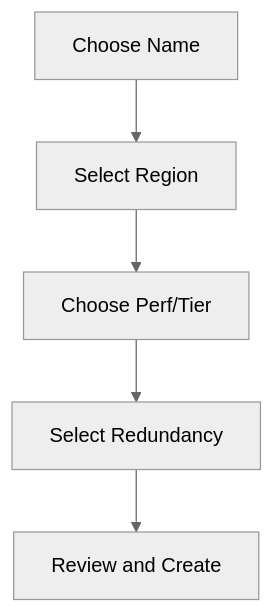
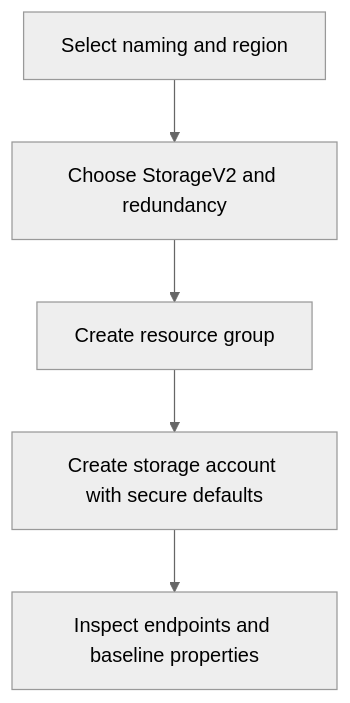
One commit to yeongseon/azure-storage-practical-guide changed the diagram in docs/operations/create-storage-account.md. Above: the diagram before and after it, drawn with Mermaid (neutral theme). The commit also changed other lines of this file and 10 other files, not shown here.

````diff
--- a/docs/operations/create-storage-account.md
+++ b/docs/operations/create-storage-account.md
@@ -37,7 +47,7 @@
 ```mermaid
-graph TD
-    A[Choose Name] --> B[Select Region]
-    B --> C[Choose Perf/Tier]
-    C --> D[Select Redundancy]
-    D --> E[Review and Create]
+flowchart TD
+    A[Select naming and region] --> B[Choose StorageV2 and redundancy]
+    B --> C[Create resource group]
+    C --> D[Create storage account with secure defaults]
+    D --> E[Inspect endpoints and baseline properties]
 ```
````
